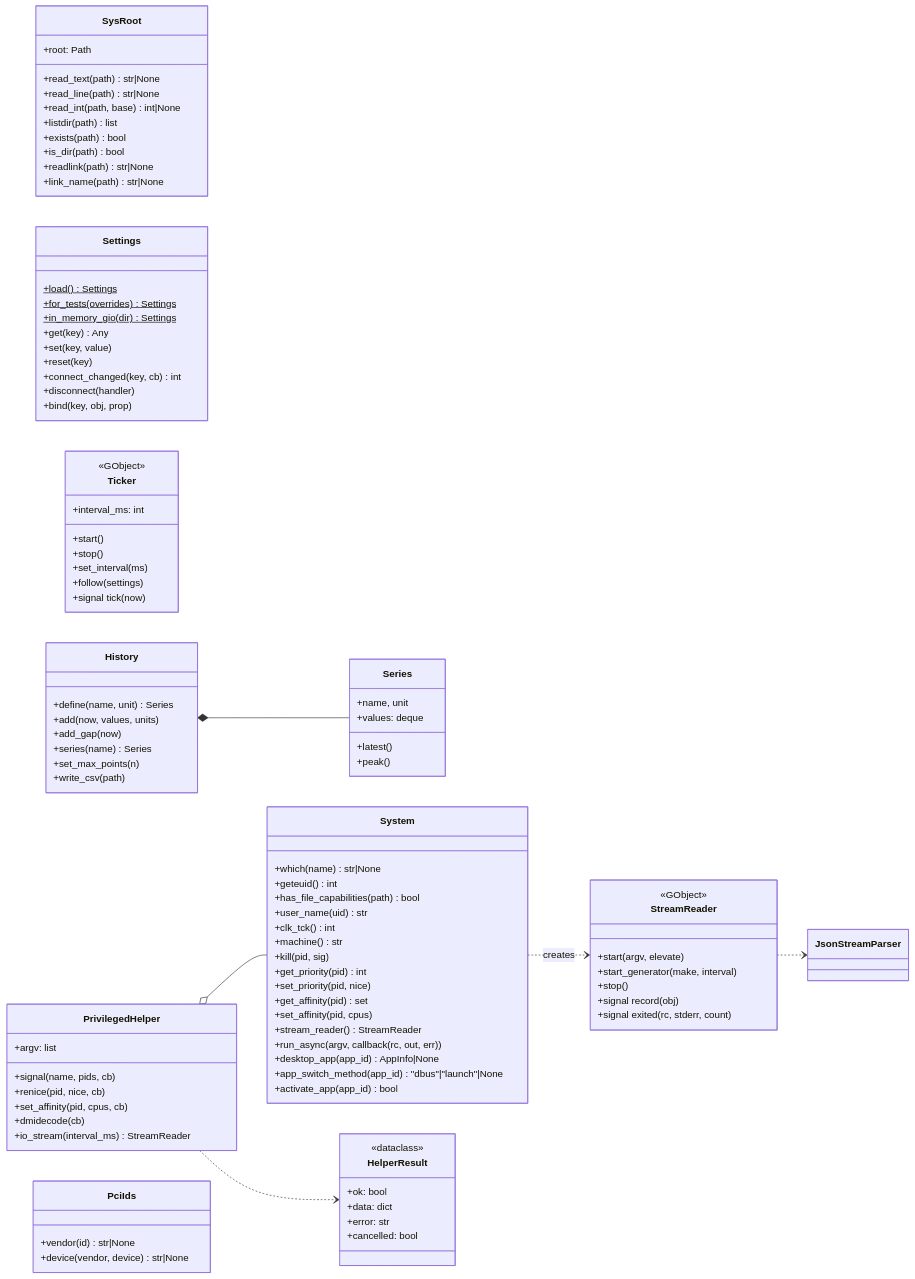
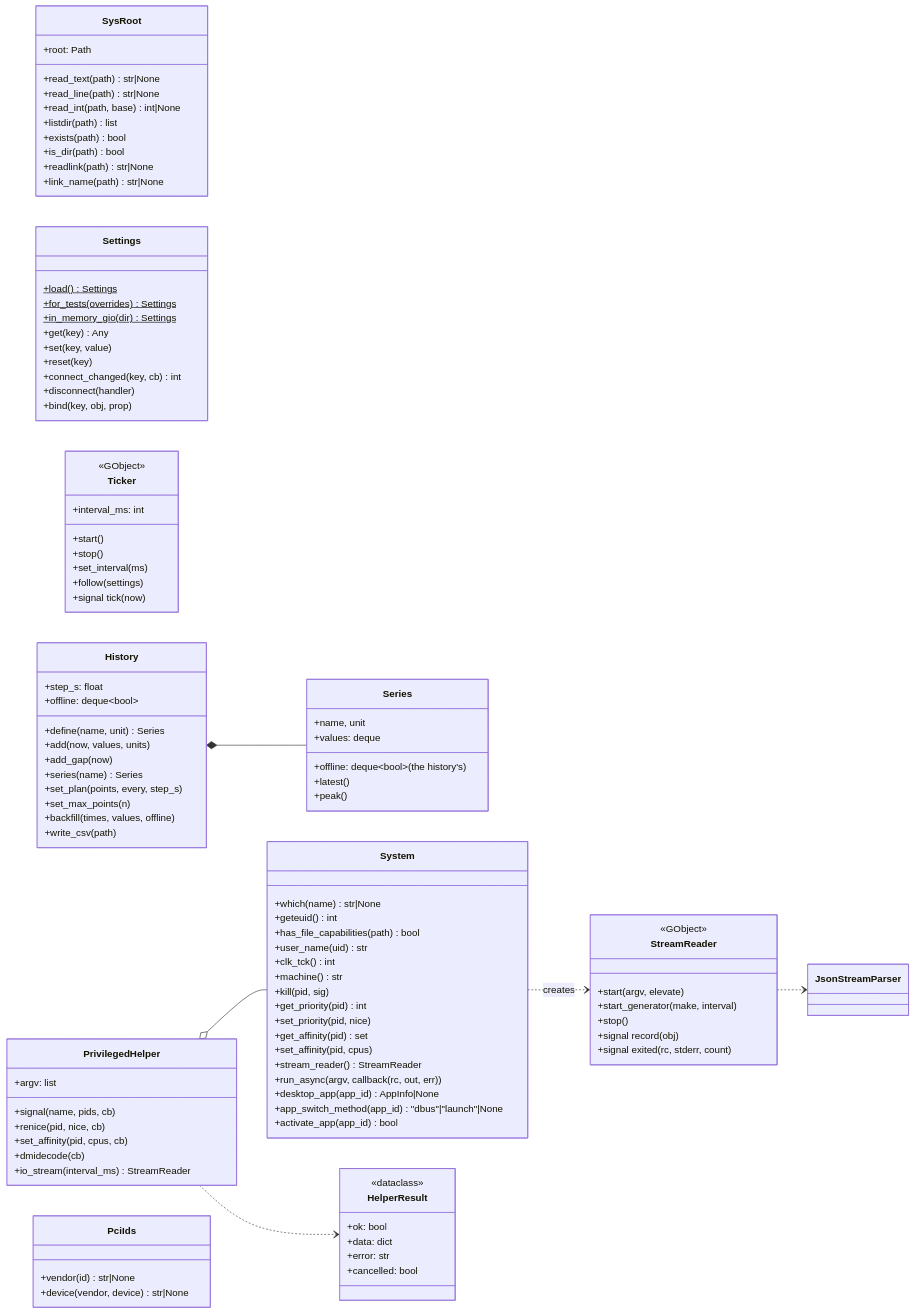
The third of 47 diagrams in docs/DESIGN.md (mamadingleberry/proccoli), drawn with Mermaid before and after one commit. The commit also changed other lines of this file and 44 other files, not shown here.

```diff
--- a/docs/DESIGN.md
+++ b/docs/DESIGN.md
@@ -358,16 +358,21 @@
         +signal tick(now)
     }
     class History {
+        +step_s: float
+        +offline: deque~bool~
         +define(name, unit) Series
         +add(now, values, units)
         +add_gap(now)
         +series(name) Series
+        +set_plan(points, every, step_s)
         +set_max_points(n)
+        +backfill(times, values, offline)
         +write_csv(path)
     }
     class Series {
         +name, unit
         +values: deque
+        +offline: deque~bool~ (the history's)
         +latest()
         +peak()
     }
```
